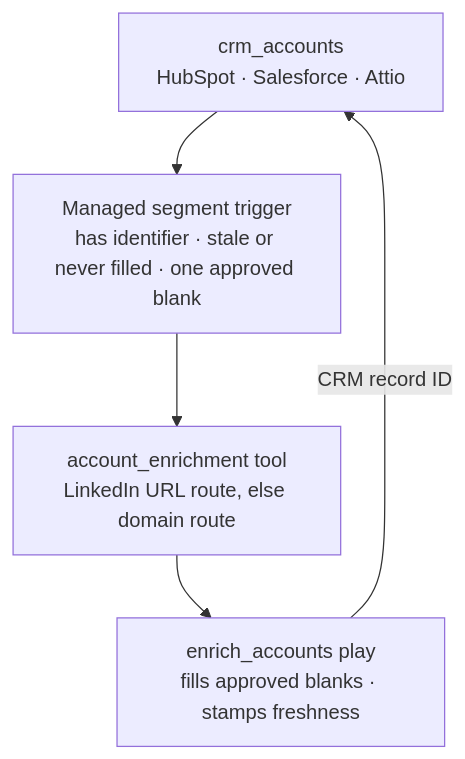
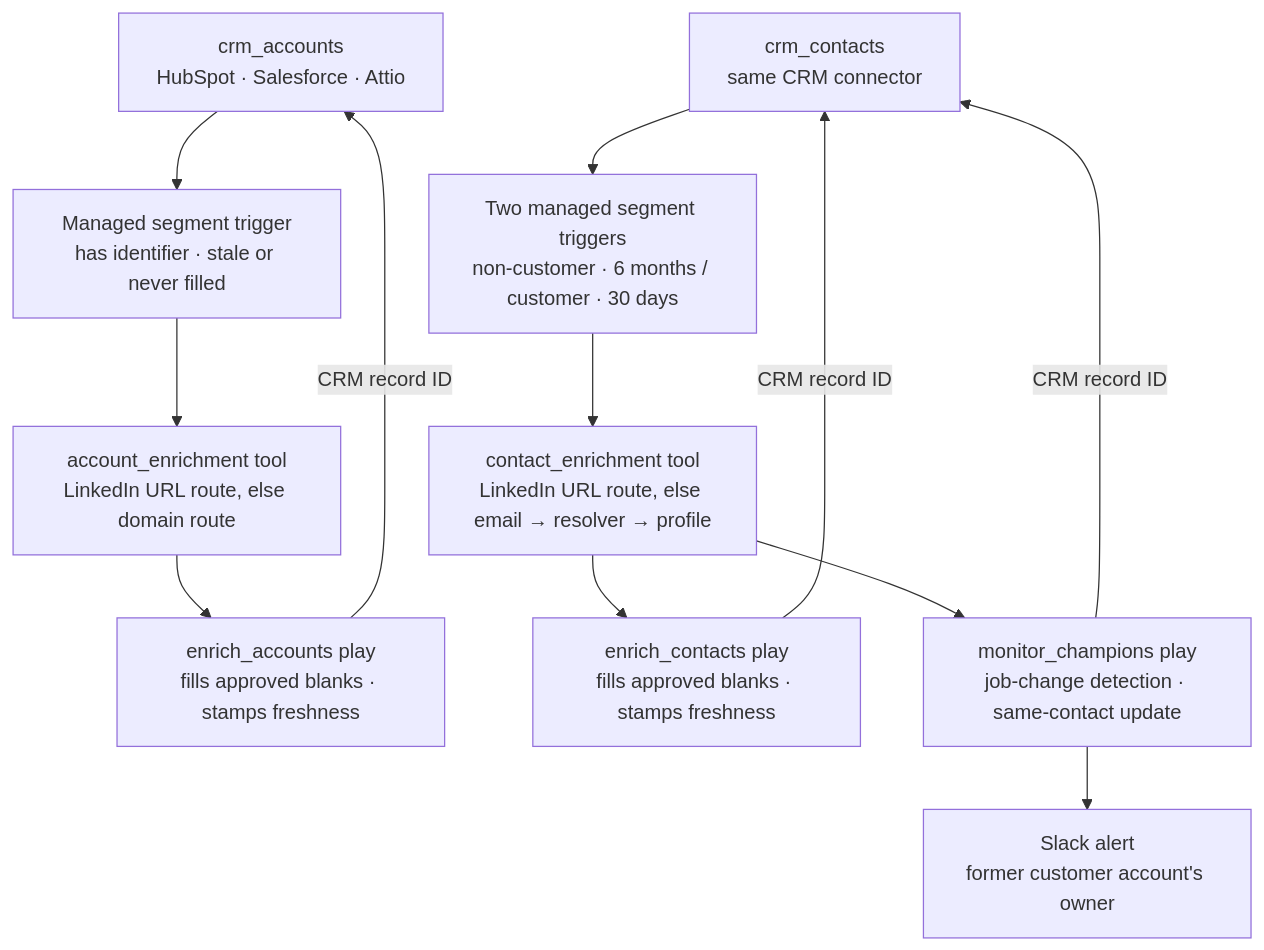
Before and after one commit to getcargohq/gtm-skills: the diagram in crm-enrichment/README.md, drawn with Mermaid. The commit also changed other lines of this file and 12 other files, not shown here.

First line of the commit message:
feat: extend crm-enrichment with the people path

````diff
--- a/crm-enrichment/README.md
+++ b/crm-enrichment/README.md
@@ -21,10 +31,22 @@
 ```mermaid
 flowchart TD
-    model["crm_accounts<br/>HubSpot · Salesforce · Attio"]
-    filter["Managed segment trigger<br/>has identifier · stale or never filled · one approved blank"]
-    enrich["account_enrichment tool<br/>LinkedIn URL route, else domain route"]
-    write["enrich_accounts play<br/>fills approved blanks · stamps freshness"]
+    accounts["crm_accounts<br/>HubSpot · Salesforce · Attio"]
+    afilter["Managed segment trigger<br/>has identifier · stale or never filled"]
+    aenrich["account_enrichment tool<br/>LinkedIn URL route, else domain route"]
+    awrite["enrich_accounts play<br/>fills approved blanks · stamps freshness"]
 
-    model --> filter --> enrich --> write
-    write -->|CRM record ID| model
+    accounts --> afilter --> aenrich --> awrite
+    awrite -->|CRM record ID| accounts
+
+    contacts["crm_contacts<br/>same CRM connector"]
+    cfilter["Two managed segment triggers<br/>non-customer · 6 months / customer · 30 days"]
+    cenrich["contact_enrichment tool<br/>LinkedIn URL route, else email → resolver → profile"]
+    cwrite["enrich_contacts play<br/>fills approved blanks · stamps freshness"]
+    champion["monitor_champions play<br/>job-change detection · same-contact update"]
+    slack["Slack alert<br/>former customer account's owner"]
+
+    contacts --> cfilter --> cenrich
+    cenrich --> cwrite -->|CRM record ID| contacts
+    cenrich --> champion -->|CRM record ID| contacts
+    champion --> slack
 ```
````
